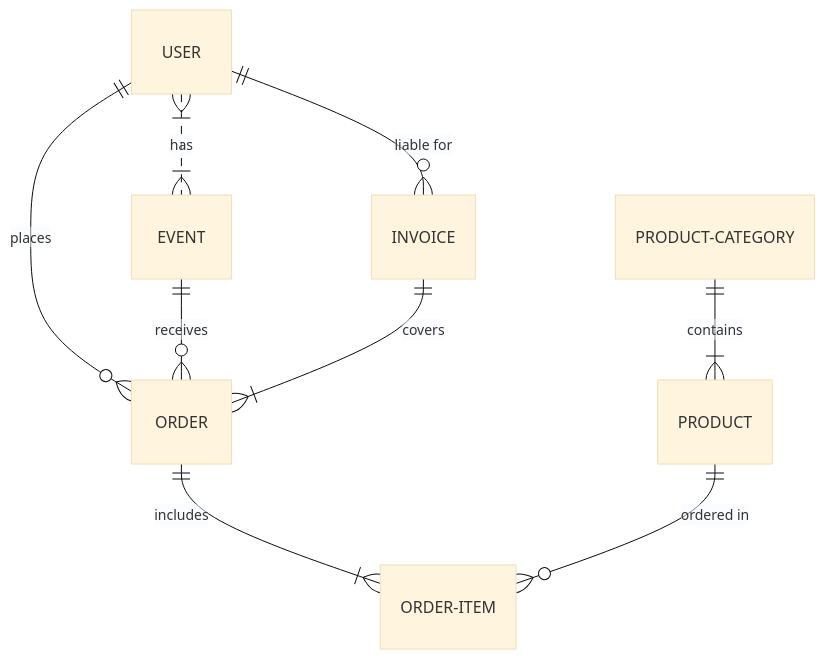
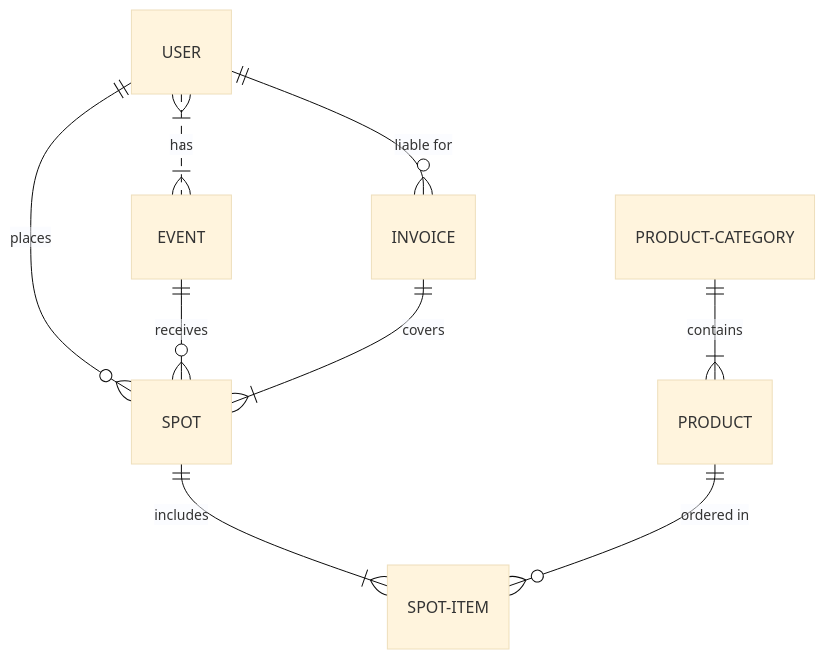
The diagram in doc/brain-storm/entity-relation-diagram.md (nadzhafox/spotw-mono), drawn with Mermaid (base theme) before and after one commit. The commit also changed 10 other files, not shown here.

````diff
--- a/doc/brain-storm/entity-relation-diagram.md
+++ b/doc/brain-storm/entity-relation-diagram.md
@@ -3,11 +3,11 @@
 ```mermaid 
 erDiagram
           USER }|..|{ EVENT : has
-          USER ||--o{ ORDER : places
+          USER ||--o{ SPOT : places
           USER ||--o{ INVOICE : "liable for"
-          EVENT ||--o{ ORDER : receives
-          INVOICE ||--|{ ORDER : covers
-          ORDER ||--|{ ORDER-ITEM : includes
+          EVENT ||--o{ SPOT : receives
+          INVOICE ||--|{ SPOT : covers
+          SPOT ||--|{ SPOT-ITEM : includes
           PRODUCT-CATEGORY ||--|{ PRODUCT : contains
-          PRODUCT ||--o{ ORDER-ITEM : "ordered in"
+          PRODUCT ||--o{ SPOT-ITEM : "ordered in"
 ```
````
